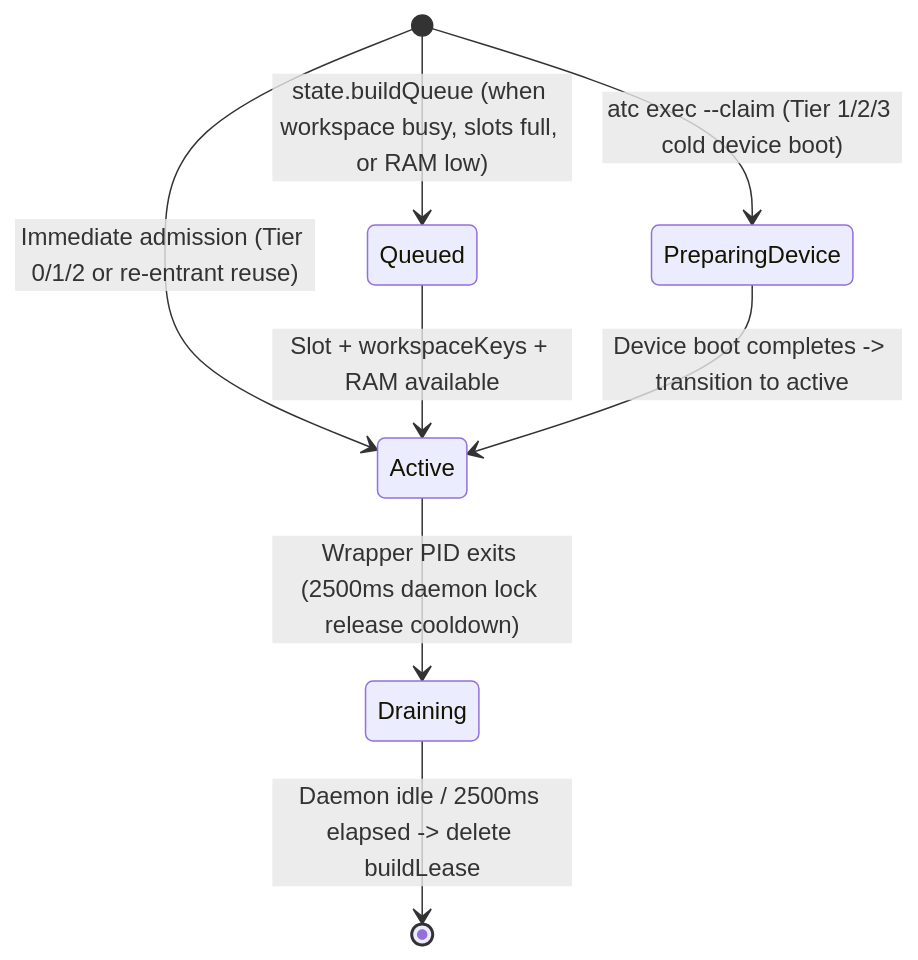
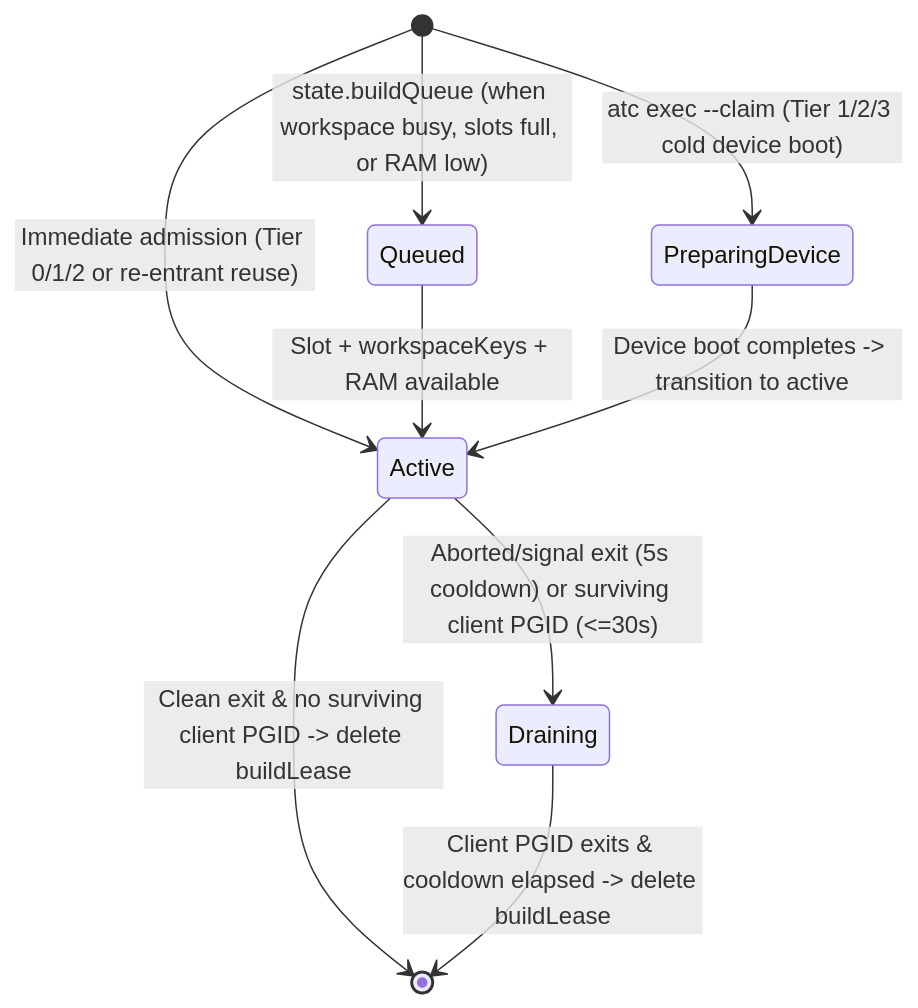
One commit to rock3r/atc changed the diagram in DESIGN.md. Above: the diagram before and after it, drawn with Mermaid. The commit also changed other lines of this file and 7 other files, not shown here.

Commit message:
fix(build): handle quoted shell paths, shell xcodebuild destinations, Bazel startup flags, and draining docs

````diff
--- a/DESIGN.md
+++ b/DESIGN.md
@@ -690,10 +690,11 @@
 ```mermaid
 stateDiagram-v2
     [*] --> Queued: state.buildQueue (when workspace busy, slots full, or RAM low)
     [*] --> PreparingDevice: atc exec --claim (Tier 1/2/3 cold device boot)
     [*] --> Active: Immediate admission (Tier 0/1/2 or re-entrant reuse)
     Queued --> Active: Slot + workspaceKeys + RAM available
     PreparingDevice --> Active: Device boot completes -> transition to active
-    Active --> Draining: Wrapper PID exits (2500ms daemon lock release cooldown)
-    Draining --> [*]: Daemon idle / 2500ms elapsed -> delete buildLease
+    Active --> [*]: Clean exit & no surviving client PGID -> delete buildLease
+    Active --> Draining: Aborted/signal exit (5s cooldown) or surviving client PGID (<=30s)
+    Draining --> [*]: Client PGID exits & cooldown elapsed -> delete buildLease
 ```
````
